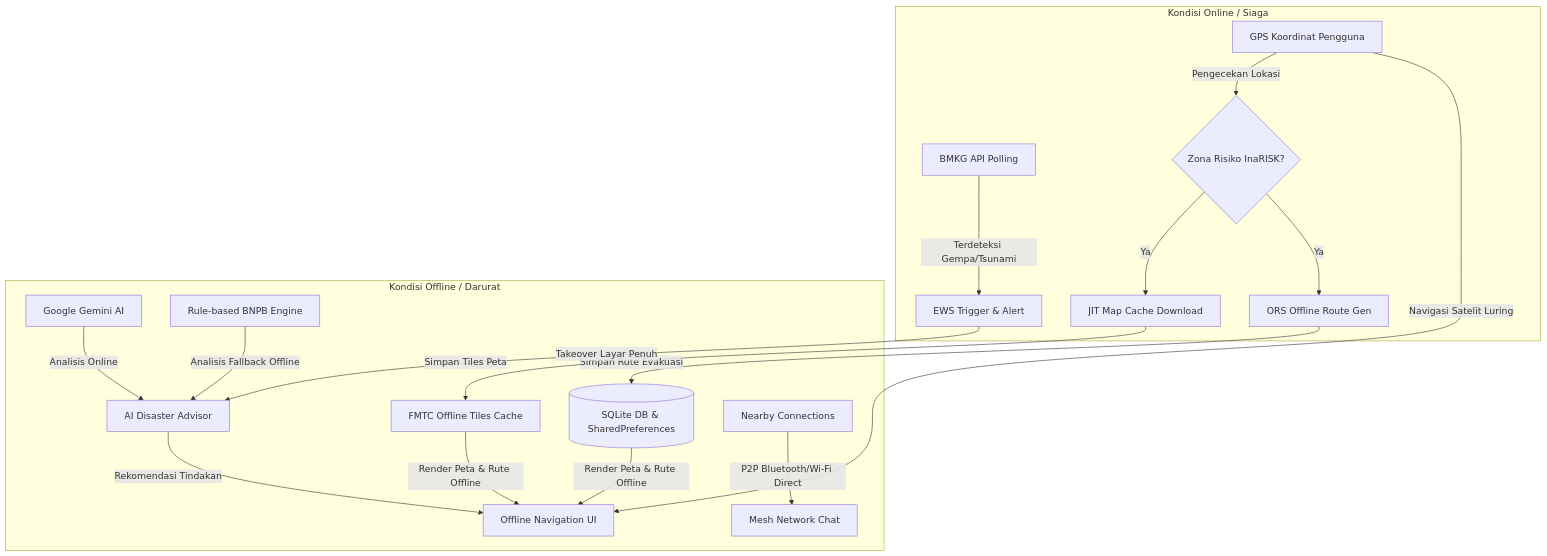
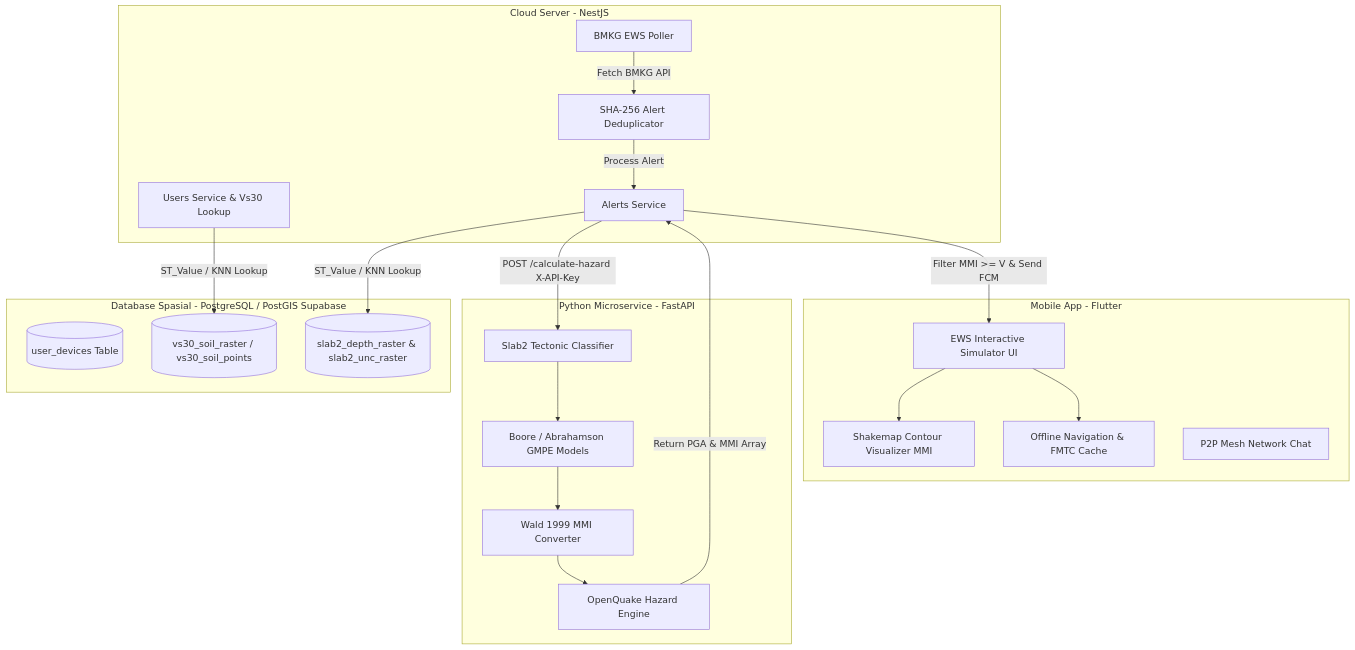
The diagram in README.md (devabrahmasta/suar_app), drawn with Mermaid before and after one commit. The commit also changed other lines of this file and 3 other files, not shown here.

````diff
--- a/README.md
+++ b/README.md
@@ -79,24 +97,40 @@
 ```mermaid
 flowchart TD
-    subgraph OnlineState[Kondisi Online / Siaga]
-        BMKG[BMKG API Polling] -->|Terdeteksi Gempa/Tsunami| EWS[EWS Trigger & Alert]
-        GPS[GPS Koordinat Pengguna] -->|Pengecekan Lokasi| InaRISK{Zona Risiko InaRISK?}
-        InaRISK -->|Ya| CacheMap[JIT Map Cache Download]
-        InaRISK -->|Ya| RouteGen[ORS Offline Route Gen]
+    subgraph ClientLayer[Mobile App - Flutter]
+        UI[EWS Interactive Simulator UI]
+        MapVis[Shakemap Contour Visualizer MMI]
+        Nav[Offline Navigation & FMTC Cache]
+        Mesh[P2P Mesh Network Chat]
     end
 
-    subgraph OfflineState[Kondisi Offline / Darurat]
-        RouteGen -->|Simpan Rute Evakuasi| LocalDB[(SQLite DB & SharedPreferences)]
-        CacheMap -->|Simpan Tiles Peta| FMTC[FMTC Offline Tiles Cache]
-        LocalDB & FMTC -->|Render Peta & Rute Offline| NavUI[Offline Navigation UI]
-        
-        Gemini[Google Gemini AI] -->|Analisis Online| Advisor[AI Disaster Advisor]
-        RuleEngine[Rule-based BNPB Engine] -->|Analisis Fallback Offline| Advisor
-        
-        P2P[Nearby Connections] -->|P2P Bluetooth/Wi-Fi Direct| Mesh[Mesh Network Chat]
+    subgraph BackendLayer[Cloud Server - NestJS]
+        Poller[BMKG EWS Poller]
+        Dedup[SHA-256 Alert Deduplicator]
+        AlertSvc[Alerts Service]
+        UserSvc[Users Service & Vs30 Lookup]
     end
 
-    EWS -->|Takeover Layar Penuh| Advisor
-    Advisor -->|Rekomendasi Tindakan| NavUI
-    GPS -->|Navigasi Satelit Luring| NavUI
+    subgraph MicroserviceLayer[Python Microservice - FastAPI]
+        OQEngine[OpenQuake Hazard Engine]
+        SlabClassifier[Slab2 Tectonic Classifier]
+        GMPE[Boore / Abrahamson GMPE Models]
+        Wald[Wald 1999 MMI Converter]
+    end
+
+    subgraph DBLayer[Database Spasial - PostgreSQL / PostGIS Supabase]
+        UserDev[(user_devices Table)]
+        Vs30Raster[(vs30_soil_raster / vs30_soil_points)]
+        SlabRaster[(slab2_depth_raster & slab2_unc_raster)]
+    end
+
+    Poller -->|Fetch BMKG API| Dedup
+    Dedup -->|Process Alert| AlertSvc
+    AlertSvc -->|ST_Value / KNN Lookup| SlabRaster
+    UserSvc -->|ST_Value / KNN Lookup| Vs30Raster
+    AlertSvc -->|POST /calculate-hazard X-API-Key| SlabClassifier
+    SlabClassifier --> GMPE --> Wald --> OQEngine
+    OQEngine -->|Return PGA & MMI Array| AlertSvc
+    AlertSvc -->|Filter MMI >= V & Send FCM| UI
+    UI --> MapVis
+    UI --> Nav
 ```
````
